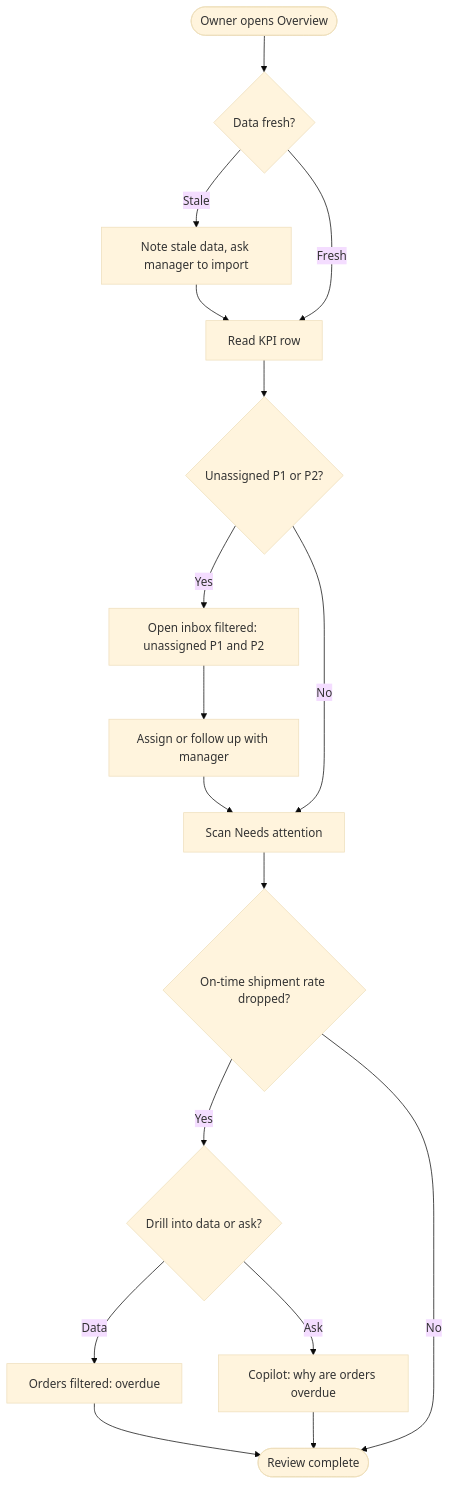
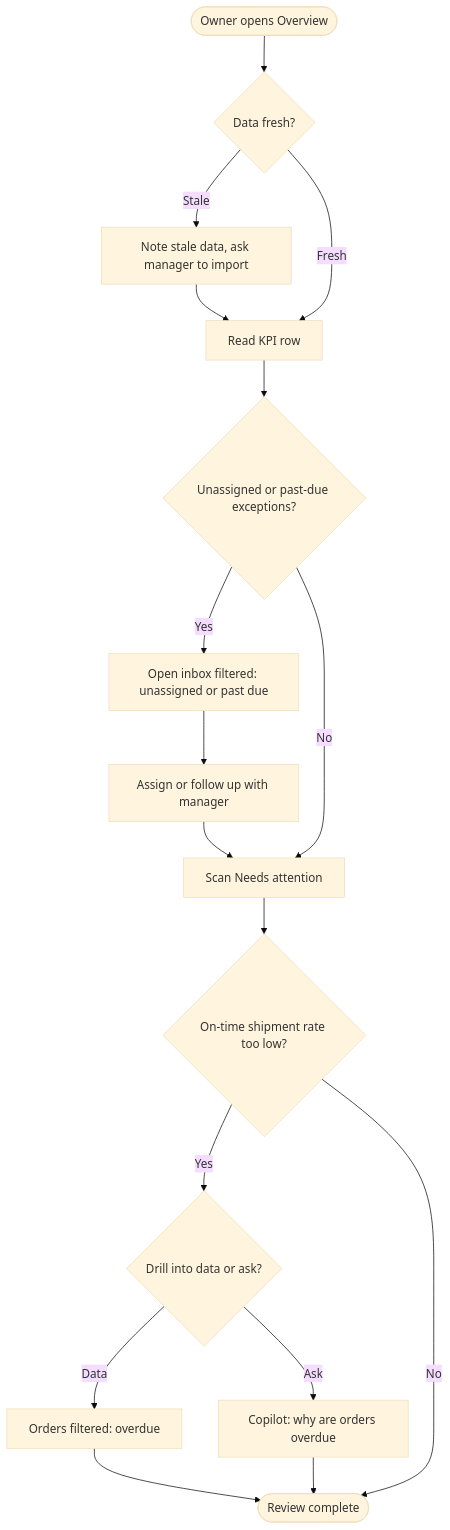
The fourth of 6 diagrams in docs/design/USER_FLOWS.md (tinhne/retailops-intelligence), drawn with Mermaid (base theme) before and after one commit. The commit also changed other lines of this file and 5 other files, not shown here.

````diff
--- a/docs/design/USER_FLOWS.md
+++ b/docs/design/USER_FLOWS.md
@@ -241,19 +245,19 @@
 ```mermaid
 flowchart TD
     A(["Owner opens Overview"]) --> F{"Data fresh?"}
     F -->|"Stale"| FN["Note stale data, ask manager to import"]
     FN --> K
     F -->|"Fresh"| K["Read KPI row"]
-    K --> D2{"Unassigned P1 or P2?"}
-    D2 -->|"Yes"| IN["Open inbox filtered: unassigned P1 and P2"]
+    K --> D2{"Unassigned or past-due exceptions?"}
+    D2 -->|"Yes"| IN["Open inbox filtered: unassigned or past due"]
     IN --> ASG["Assign or follow up with manager"]
     ASG --> NA
     D2 -->|"No"| NA["Scan Needs attention"]
-    NA --> D3{"On-time shipment rate dropped?"}
+    NA --> D3{"On-time shipment rate too low?"}
     D3 -->|"Yes"| CH{"Drill into data or ask?"}
     CH -->|"Data"| OR["Orders filtered: overdue"]
     CH -->|"Ask"| CP["Copilot: why are orders overdue"]
     OR --> Z(["Review complete"])
     CP --> Z
     D3 -->|"No"| Z
 ```
````
